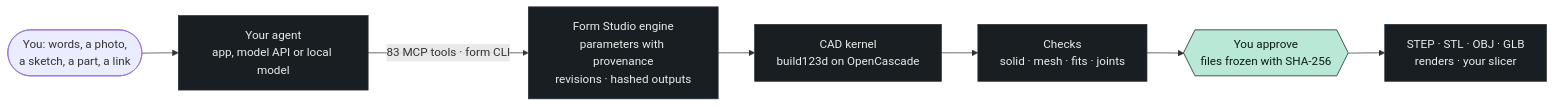
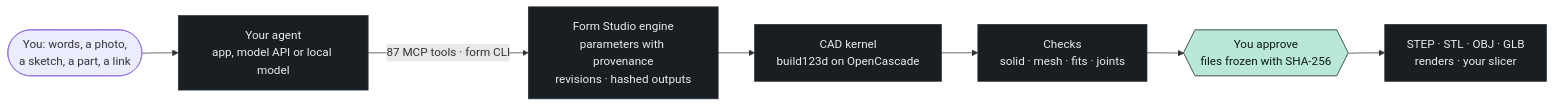
Before and after one commit to kaizensx/form-studio: the diagram in README.md, drawn with Mermaid. The commit also changed other lines of this file and 39 other files, not shown here.

Commit message:
README: 87 MCP tools; the art reads the paired dark/light colour tokens

````diff
--- a/README.md
+++ b/README.md
@@ -53,13 +53,13 @@
 ```mermaid
 flowchart LR
   you(["You: words, a photo,<br/>a sketch, a part, a link"]) --> agent["Your agent<br/>app, model API or local model"]
-  agent -- "83 MCP tools · form CLI" --> engine["Form Studio engine<br/>parameters with provenance<br/>revisions · hashed outputs"]
+  agent -- "87 MCP tools · form CLI" --> engine["Form Studio engine<br/>parameters with provenance<br/>revisions · hashed outputs"]
   engine --> kernel["CAD kernel<br/>build123d on OpenCascade"]
   kernel --> checks["Checks<br/>solid · mesh · fits · joints"]
   checks --> release{{"You approve<br/>files frozen with SHA-256"}}
   release --> out["STEP · STL · OBJ · GLB<br/>renders · your slicer"]
   classDef datum fill:#b9e8d7,stroke:#0d1a16,color:#0d1a16
   classDef plate fill:#191e22,stroke:#2a3238,color:#e8edeb
   class release datum
   class agent,engine,kernel,checks,out plate
 ```
````
